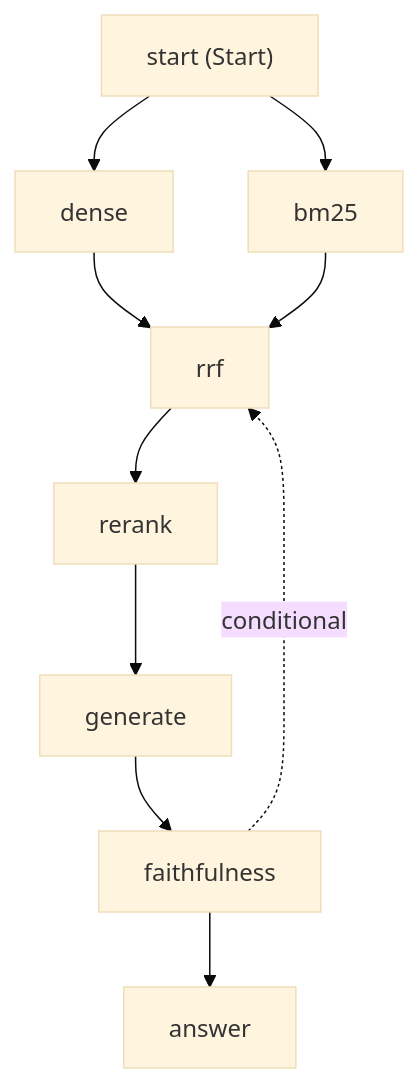
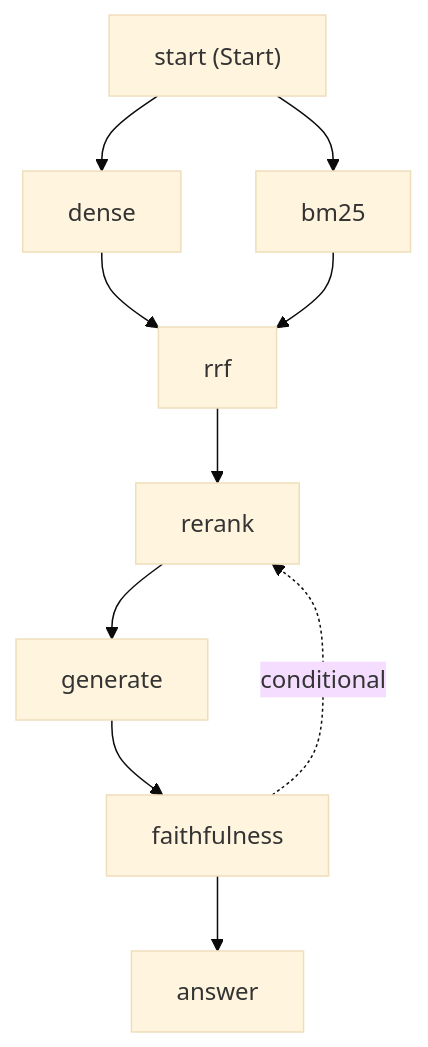
The diagram in docs/pipeline.mmd (JoranBergfeld/azure-documentation-ragas-pipeline), drawn with Mermaid (base theme) before and after one commit. The commit also changed 2 other files, not shown here.

Commit message:
fix: align viz retry edge with the new loop (rerank, not rrf); log scorer failures; widening headroom note

```diff
--- a/docs/pipeline.mmd
+++ b/docs/pipeline.mmd
@@ -1,18 +1,18 @@
 flowchart TD
   start["start (Start)"];
   dense["dense"];
   bm25["bm25"];
   rrf["rrf"];
   rerank["rerank"];
   generate["generate"];
   faithfulness["faithfulness"];
   answer["answer"];
   start --> dense;
   start --> bm25;
   dense --> rrf;
   bm25 --> rrf;
   rrf --> rerank;
   rerank --> generate;
   generate --> faithfulness;
-  faithfulness -. conditional .-> rrf;
+  faithfulness -. conditional .-> rerank;
   faithfulness --> answer;
```
